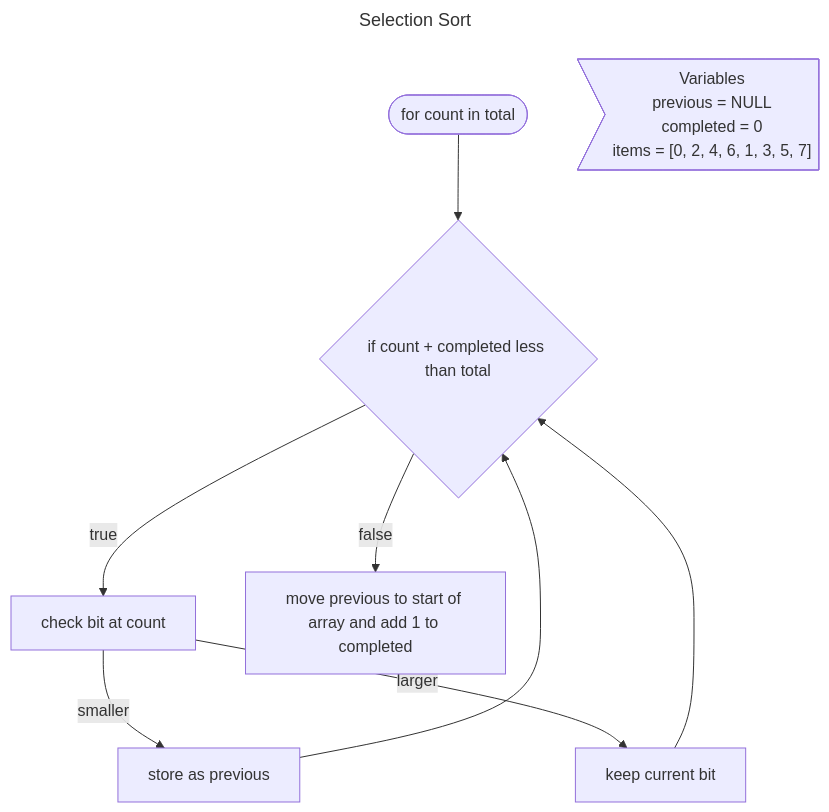
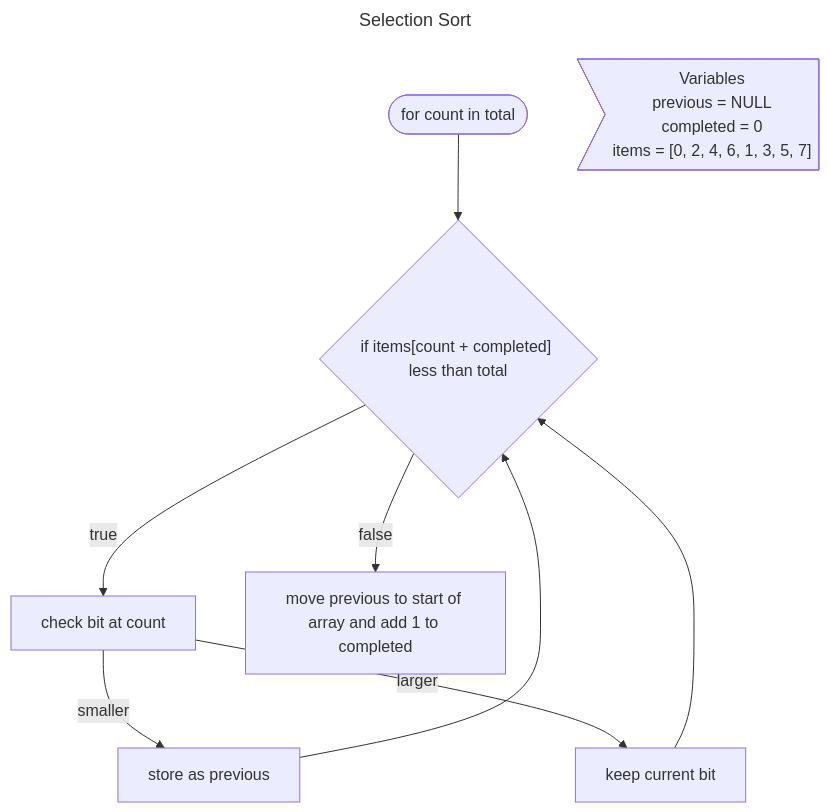
One commit to maclong9/harvard-compsci changed the fourth of 5 diagrams in Introduction/03-Algorithms/README.md. Above: the diagram before and after it, drawn with Mermaid.

Commit message:
fix: flowchart wording

````diff
--- a/Introduction/03-Algorithms/README.md
+++ b/Introduction/03-Algorithms/README.md
@@ -98,15 +98,15 @@
 ```mermaid
 ---
 title: Selection Sort
 ---
 
 flowchart TD
     vars>"Variables\nprevious = NULL\ncompleted = 0\nitems = [0, 2, 4, 6, 1, 3, 5, 7]"]
     1(["for count in total"]) -->
-    2{"if count + completed less than total"}
+    2{"if items[count + completed] less than total"}
     2 --> |true| 3
     2 --> |false| 4["move previous to start of array and add 1 to completed"]
     3["check bit at count"]
     3 --> |"smaller"| 5["store as previous"] --> 2
     3 --> |"larger"| 6["keep current bit"] --> 2
 ```
````
